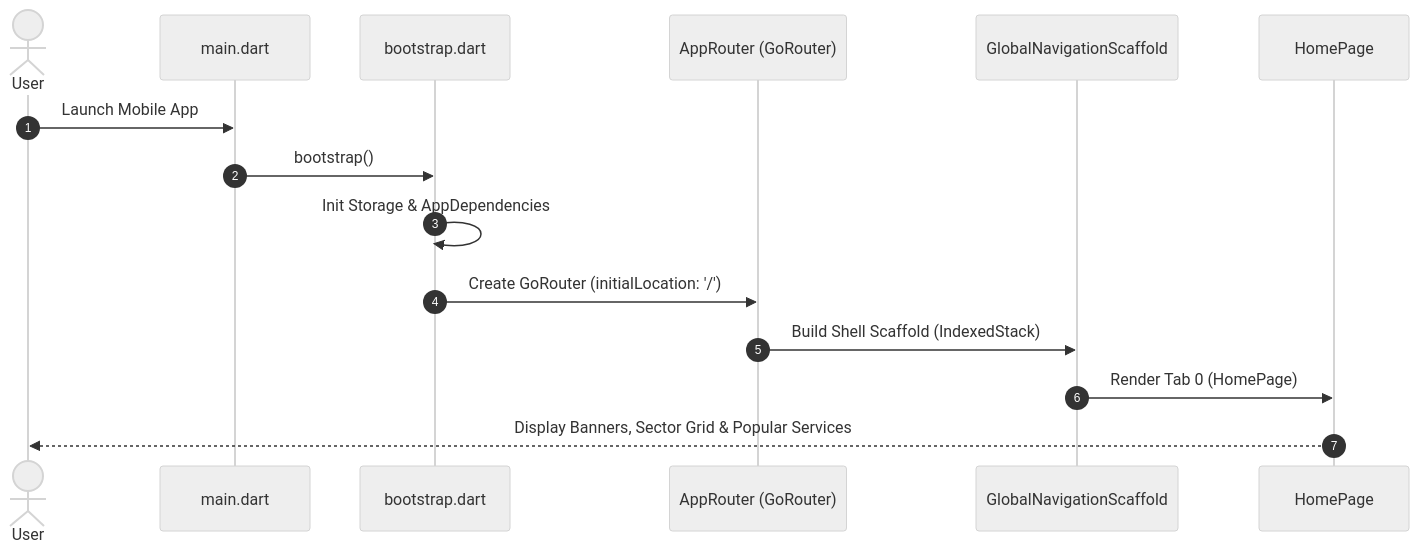
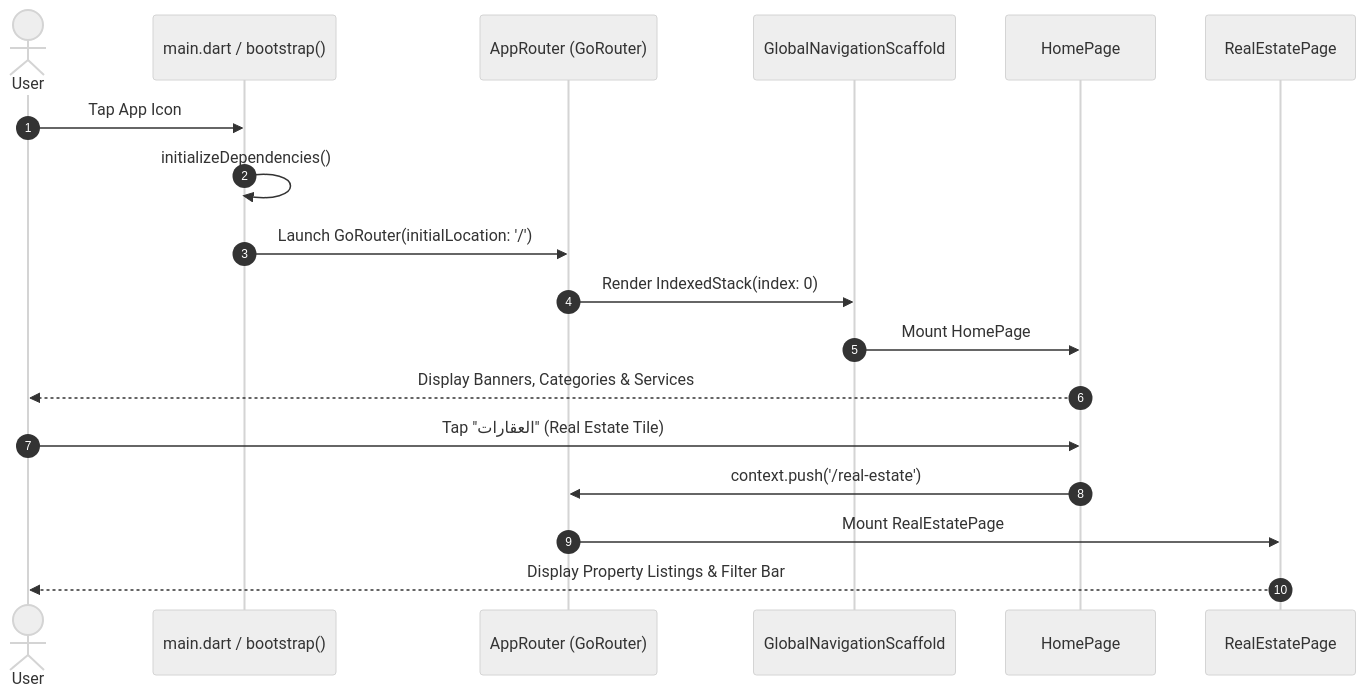
Before and after one commit to IbrahimElshishtawy/market_space: the second of 6 diagrams in market_space/docs/mobile-system-design/04 – Navigation_and_User_Flows.md, drawn with Mermaid (neutral theme). The commit also changed other lines of this file and 86 other files, not shown here.

````diff
--- a/market_space/docs/mobile-system-design/04 – Navigation_and_User_Flows.md
+++ b/market_space/docs/mobile-system-design/04 – Navigation_and_User_Flows.md
@@ -75,18 +127,21 @@
 ```mermaid
 sequenceDiagram
     autonumber
     actor User
-    participant Main as main.dart
-    participant Bootstrap as bootstrap.dart
-    participant AppRouter as AppRouter (GoRouter)
+    participant Main as main.dart / bootstrap()
+    participant Router as AppRouter (GoRouter)
     participant Shell as GlobalNavigationScaffold
     participant Home as HomePage
+    participant Sector as RealEstatePage
 
-    User->>Main: Launch Mobile App
-    Main->>Bootstrap: bootstrap()
-    Bootstrap->>Bootstrap: Init Storage & AppDependencies
-    Bootstrap->>AppRouter: Create GoRouter (initialLocation: '/')
-    AppRouter->>Shell: Build Shell Scaffold (IndexedStack)
-    Shell->>Home: Render Tab 0 (HomePage)
-    Home-->>User: Display Banners, Sector Grid & Popular Services
+    User->>Main: Tap App Icon
+    Main->>Main: initializeDependencies()
+    Main->>Router: Launch GoRouter(initialLocation: '/')
+    Router->>Shell: Render IndexedStack(index: 0)
+    Shell->>Home: Mount HomePage
+    Home-->>User: Display Banners, Categories & Services
+    User->>Home: Tap "العقارات" (Real Estate Tile)
+    Home->>Router: context.push('/real-estate')
+    Router->>Sector: Mount RealEstatePage
+    Sector-->>User: Display Property Listings & Filter Bar
 ```
````
